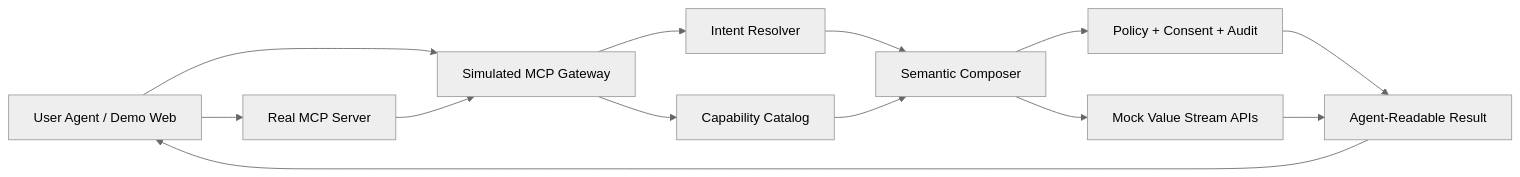
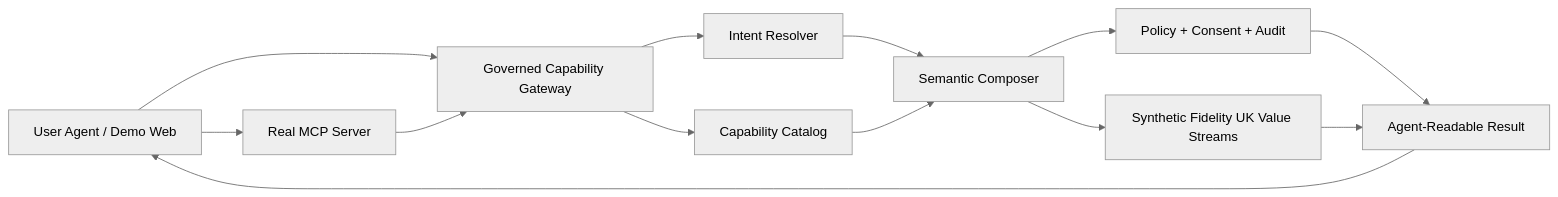
The diagram in POC_ARCHITECTURE.md (ceociocto/agent-bridge), drawn with Mermaid (neutral theme) before and after one commit. The commit also changed other lines of this file and 18 other files, not shown here.

Commit message:
Add Fidelity UK capability router demo

````diff
--- a/POC_ARCHITECTURE.md
+++ b/POC_ARCHITECTURE.md
@@ -15,25 +15,25 @@
 ```mermaid
 flowchart LR
     Agent["User Agent / Demo Web"]
     McpServer["Real MCP Server"]
-    Gateway["Simulated MCP Gateway"]
+    Gateway["Governed Capability Gateway"]
     Catalog["Capability Catalog"]
     Intent["Intent Resolver"]
     Composer["Semantic Composer"]
     Policy["Policy + Consent + Audit"]
-    MockApis["Mock Value Stream APIs"]
+    ValueStreams["Synthetic Fidelity UK Value Streams"]
     Result["Agent-Readable Result"]
 
     Agent --> Gateway
     Agent --> McpServer
     McpServer --> Gateway
     Gateway --> Catalog
     Gateway --> Intent
     Intent --> Composer
     Catalog --> Composer
     Composer --> Policy
-    Composer --> MockApis
+    Composer --> ValueStreams
     Policy --> Result
-    MockApis --> Result
+    ValueStreams --> Result
     Result --> Agent
 ```
````
